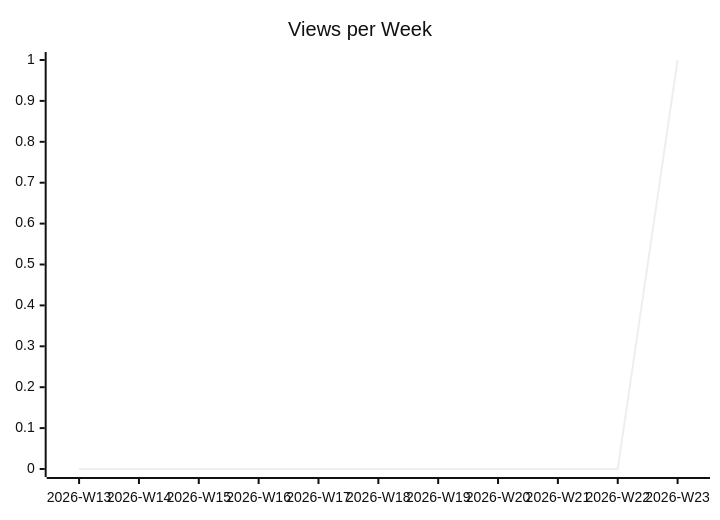
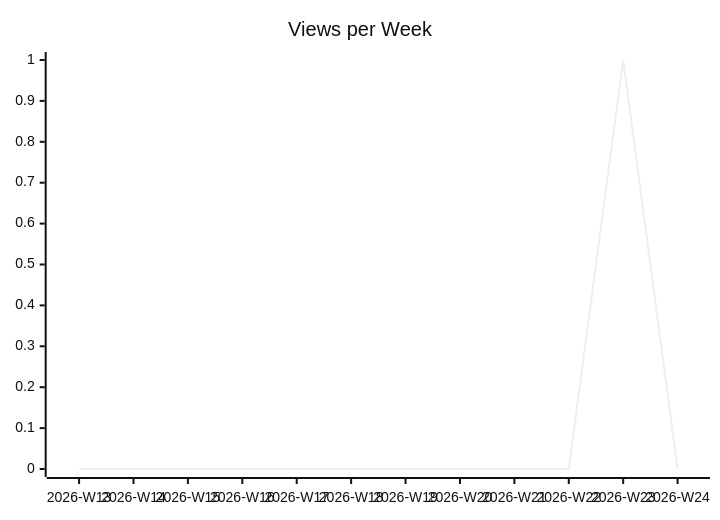
The second of 3 diagrams in karlmdavis/m2e-core/README.md (justdavis-family/github-analytics-data), drawn with Mermaid (neutral theme) before and after one commit. The commit also changed other lines of this file and 189 other files, not shown here.

````diff
--- a/karlmdavis/m2e-core/README.md
+++ b/karlmdavis/m2e-core/README.md
@@ -12,6 +12,6 @@
 ```mermaid
 xychart-beta
   title "Views per Week"
-  x-axis ["2026-W13", "2026-W14", "2026-W15", "2026-W16", "2026-W17", "2026-W18", "2026-W19", "2026-W20", "2026-W21", "2026-W22", "2026-W23"]
-  line [0, 0, 0, 0, 0, 0, 0, 0, 0, 0, 1]
+  x-axis ["2026-W13", "2026-W14", "2026-W15", "2026-W16", "2026-W17", "2026-W18", "2026-W19", "2026-W20", "2026-W21", "2026-W22", "2026-W23", "2026-W24"]
+  line [0, 0, 0, 0, 0, 0, 0, 0, 0, 0, 1, 0]
 ```
````
